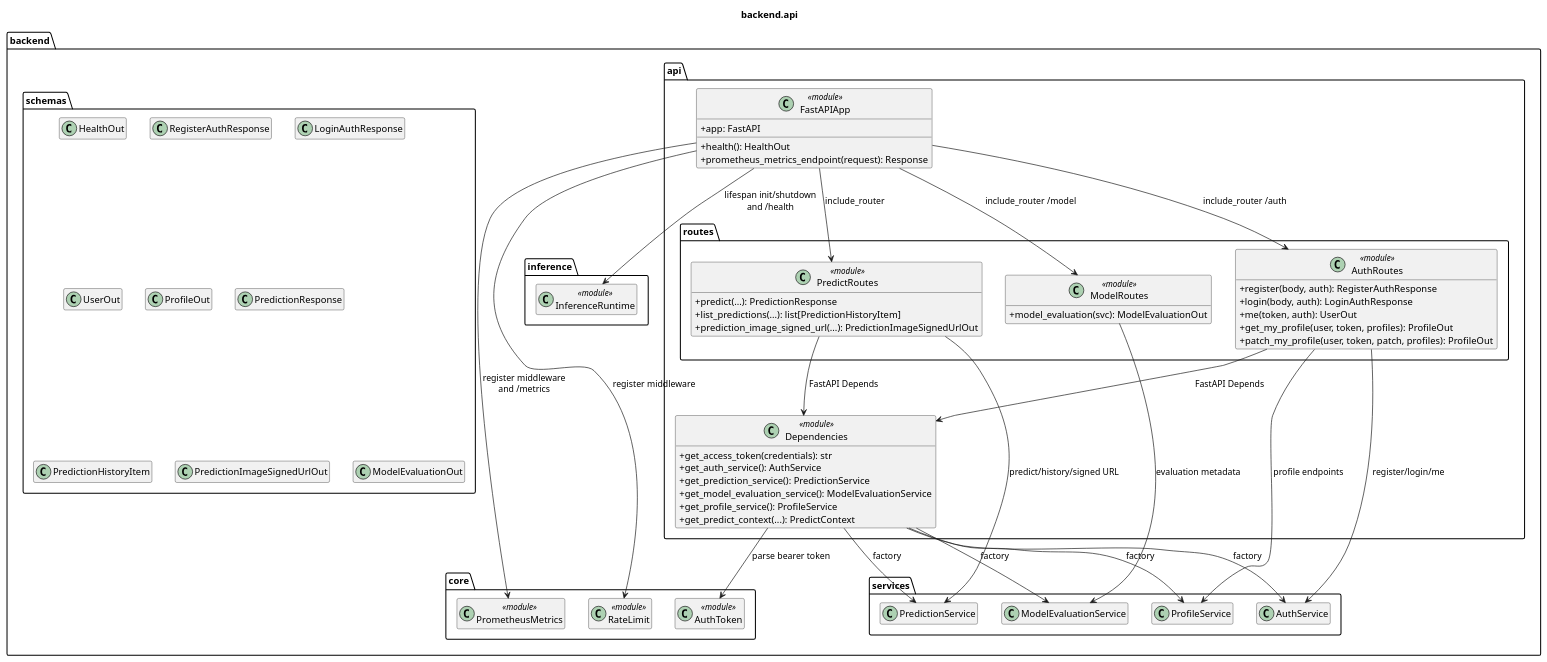
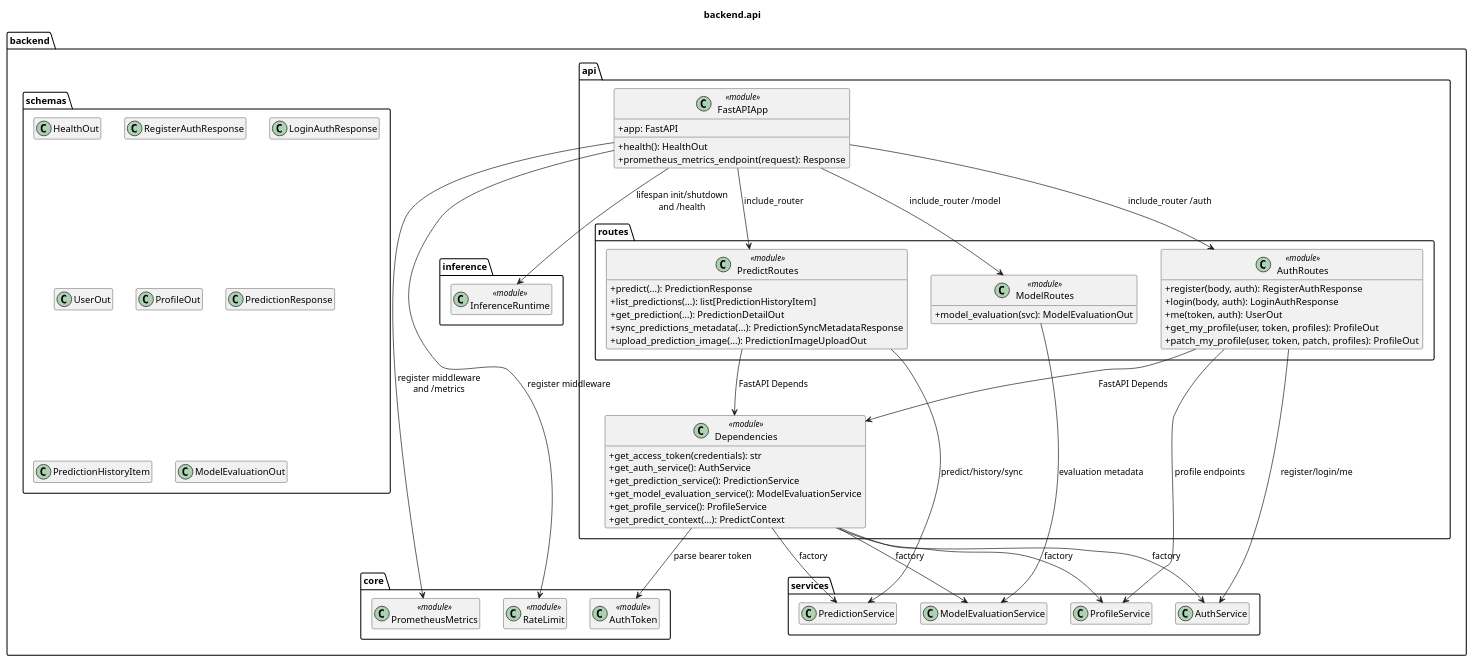
The diagram in docs/architecture/code/api.puml (anemia-ai-lab/anemia-detection-backend), drawn with PlantUML before and after one commit. The commit also changed 16 other files, not shown here.

First line of the commit message:
refactor: streamline prediction API and remove deprecated image URL endpoint

```diff
--- a/docs/architecture/code/api.puml
+++ b/docs/architecture/code/api.puml
@@ -1,94 +1,95 @@
 @startuml api
 skinparam classAttributeIconSize 0
 hide empty members
 title backend.api
 
 package "backend.api" {
   class FastAPIApp <<module>> {
     +app: FastAPI
     +health(): HealthOut
     +prometheus_metrics_endpoint(request): Response
   }
 
   class Dependencies <<module>> {
     +get_access_token(credentials): str
     +get_auth_service(): AuthService
     +get_prediction_service(): PredictionService
     +get_model_evaluation_service(): ModelEvaluationService
     +get_profile_service(): ProfileService
     +get_predict_context(...): PredictContext
   }
 }
 
 package "backend.api.routes" {
   class AuthRoutes <<module>> {
     +register(body, auth): RegisterAuthResponse
     +login(body, auth): LoginAuthResponse
     +me(token, auth): UserOut
     +get_my_profile(user, token, profiles): ProfileOut
     +patch_my_profile(user, token, patch, profiles): ProfileOut
   }
 
   class PredictRoutes <<module>> {
     +predict(...): PredictionResponse
     +list_predictions(...): list[PredictionHistoryItem]
-    +prediction_image_signed_url(...): PredictionImageSignedUrlOut
+    +get_prediction(...): PredictionDetailOut
+    +sync_predictions_metadata(...): PredictionSyncMetadataResponse
+    +upload_prediction_image(...): PredictionImageUploadOut
   }
 
   class ModelRoutes <<module>> {
     +model_evaluation(svc): ModelEvaluationOut
   }
 }
 
 package "backend.services" {
   class AuthService
   class ProfileService
   class PredictionService
   class ModelEvaluationService
 }
 
 package "backend.core" {
   class AuthToken <<module>>
   class RateLimit <<module>>
   class PrometheusMetrics <<module>>
 }
 
 package "backend.inference" {
   class InferenceRuntime <<module>>
 }
 
 package "backend.schemas" {
   class HealthOut
   class RegisterAuthResponse
   class LoginAuthResponse
   class UserOut
   class ProfileOut
   class PredictionResponse
   class PredictionHistoryItem
-  class PredictionImageSignedUrlOut
   class ModelEvaluationOut
 }
 
 FastAPIApp --> AuthRoutes : include_router /auth
 FastAPIApp --> PredictRoutes : include_router
 FastAPIApp --> ModelRoutes : include_router /model
 FastAPIApp --> RateLimit : register middleware
 FastAPIApp --> PrometheusMetrics : register middleware\nand /metrics
 FastAPIApp --> InferenceRuntime : lifespan init/shutdown\nand /health
 
 Dependencies --> AuthToken : parse bearer token
 Dependencies --> AuthService : factory
 Dependencies --> ProfileService : factory
 Dependencies --> PredictionService : factory
 Dependencies --> ModelEvaluationService : factory
 
 AuthRoutes --> Dependencies : FastAPI Depends
 AuthRoutes --> AuthService : register/login/me
 AuthRoutes --> ProfileService : profile endpoints
 
 PredictRoutes --> Dependencies : FastAPI Depends
-PredictRoutes --> PredictionService : predict/history/signed URL
+PredictRoutes --> PredictionService : predict/history/sync
 
 ModelRoutes --> ModelEvaluationService : evaluation metadata
 
 @enduml
```
